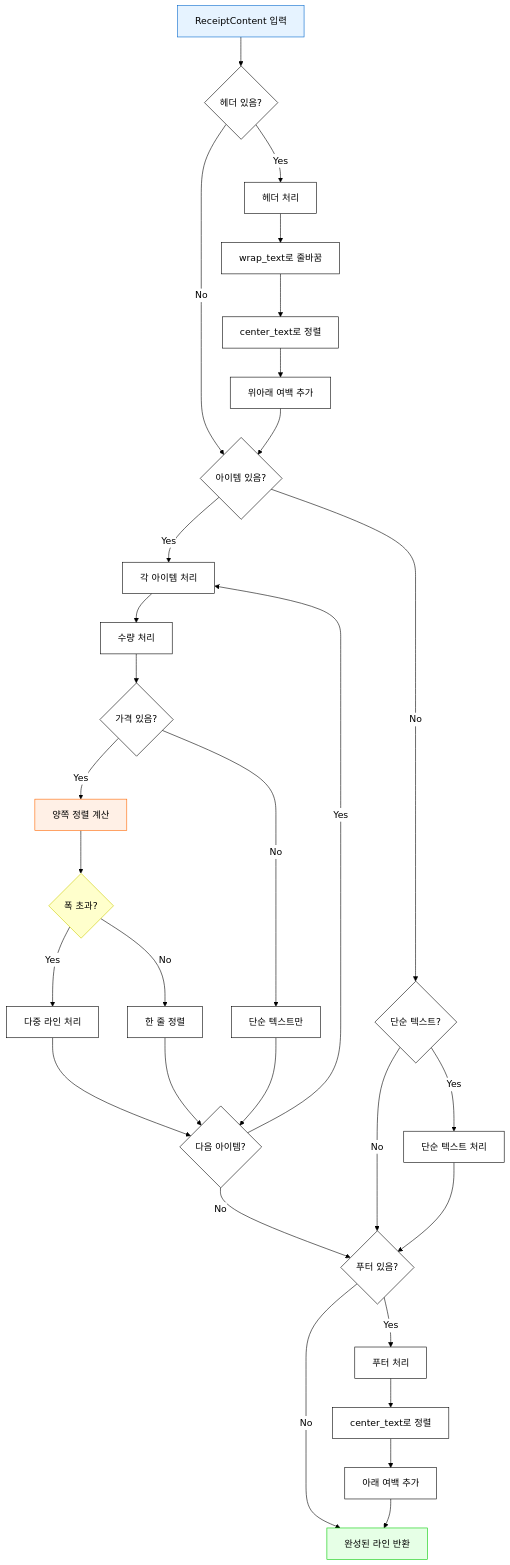
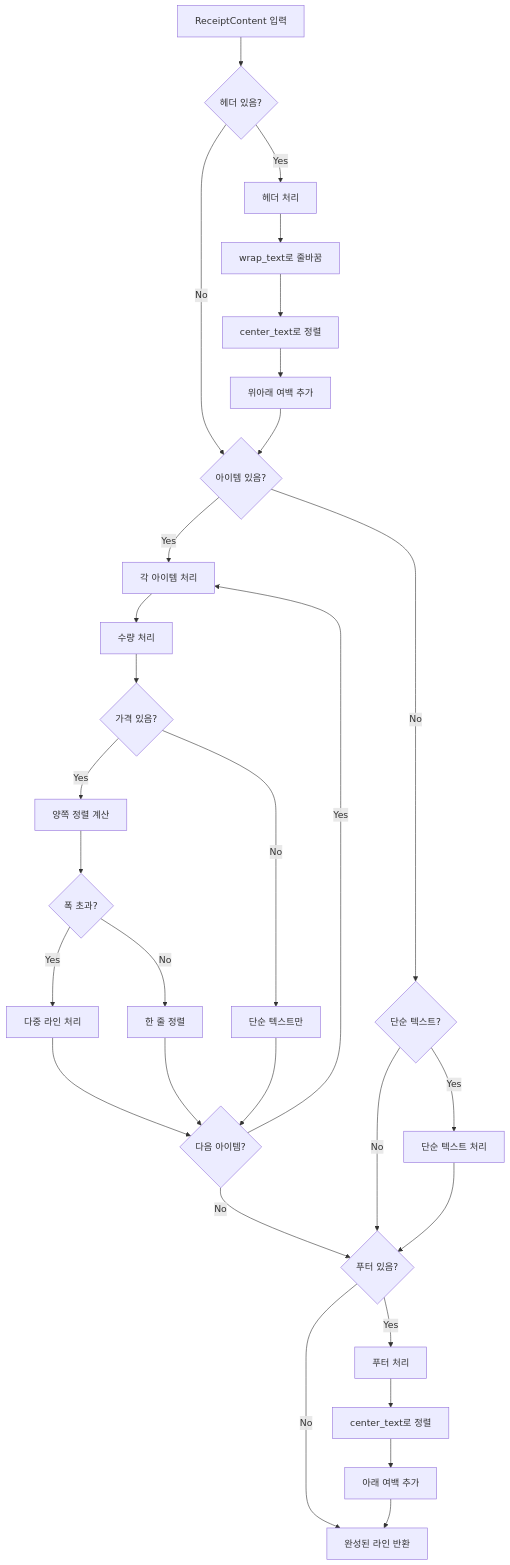
Before and after one commit to nicewook/receipt-printer: the third of 4 diagrams in docs/fastapi-server-analysis.md, drawn with Mermaid. The commit also changed other lines of this file and 5 other files, not shown here.

First line of the commit message:
Fix documentation portal Mermaid rendering and clean up markdown files

````diff
--- a/docs/fastapi-server-analysis.md
+++ b/docs/fastapi-server-analysis.md
@@ -390,58 +357,45 @@
 ```mermaid
-%%{init: {
-  'theme': 'base',
-  'themeVariables': {
-    'primaryColor': '#ffffff',
-    'primaryTextColor': '#000000',
-    'primaryBorderColor': '#000000',
-    'lineColor': '#000000'
-  }
-}}%%
 flowchart TD
     START[ReceiptContent 입력] --> HEADER{헤더 있음?}
     
     HEADER -->|Yes| HEADER_PROC[헤더 처리]
     HEADER -->|No| ITEMS{아이템 있음?}
     
     HEADER_PROC --> HEADER_WRAP[wrap_text로 줄바꿈]
     HEADER_WRAP --> HEADER_CENTER[center_text로 정렬]
     HEADER_CENTER --> HEADER_BLANK[위아래 여백 추가]
     HEADER_BLANK --> ITEMS
     
     ITEMS -->|Yes| ITEM_LOOP[각 아이템 처리]
     ITEMS -->|No| TEXT{단순 텍스트?}
     
     ITEM_LOOP --> QUANTITY[수량 처리]
     QUANTITY --> PRICE{가격 있음?}
     
     PRICE -->|Yes| JUSTIFY[양쪽 정렬 계산]
     PRICE -->|No| SIMPLE[단순 텍스트만]
     
     JUSTIFY --> WIDTH_CHECK{폭 초과?}
     WIDTH_CHECK -->|Yes| MULTILINE[다중 라인 처리]
     WIDTH_CHECK -->|No| ONELINE[한 줄 정렬]
     
     MULTILINE --> NEXT_ITEM{다음 아이템?}
     ONELINE --> NEXT_ITEM
     SIMPLE --> NEXT_ITEM
     
     NEXT_ITEM -->|Yes| ITEM_LOOP
     NEXT_ITEM -->|No| FOOTER{푸터 있음?}
     
     TEXT -->|Yes| TEXT_PROC[단순 텍스트 처리]
     TEXT -->|No| FOOTER
     
     TEXT_PROC --> FOOTER
     
     FOOTER -->|Yes| FOOTER_PROC[푸터 처리]
     FOOTER -->|No| END[완성된 라인 반환]
     
     FOOTER_PROC --> FOOTER_CENTER[center_text로 정렬]
     FOOTER_CENTER --> FOOTER_BLANK[아래 여백 추가]
     FOOTER_BLANK --> END
     
-    style START fill:#e6f3ff,stroke:#0066cc,color:#000000
-    style JUSTIFY fill:#fff0e6,stroke:#ff6600,color:#000000
-    style WIDTH_CHECK fill:#ffffcc,stroke:#cccc00,color:#000000
-    style END fill:#e6ffe6,stroke:#00cc00,color:#000000
 ```
````
